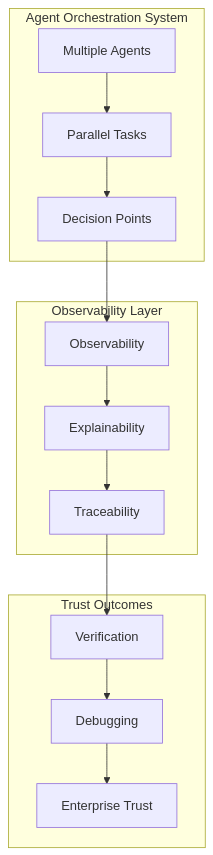
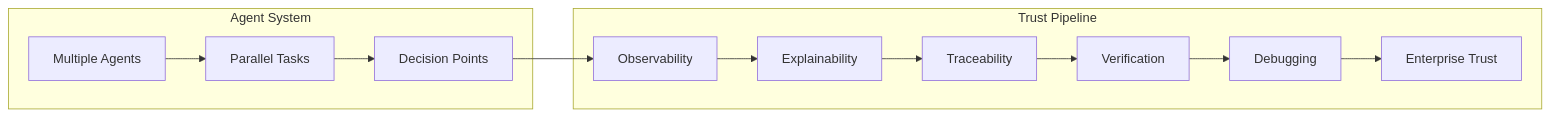
Before and after one commit to nibzard/nibzard-web: the third of 3 diagrams in src/content/log/ai-bottleneck.md, drawn with Mermaid. The commit also changed other lines of this file, not shown here.

First line of the commit message:
fix: resolve Mermaid diagram syntax errors and improve layout

````diff
--- a/src/content/log/ai-bottleneck.md
+++ b/src/content/log/ai-bottleneck.md
@@ -103,21 +104,18 @@
 ```mermaid
 %%{init: {'theme': 'dark', 'themeVariables': { 'primaryColor': '#1f2937', 'primaryBorderColor': '#374151', 'primaryTextColor': '#f3f4f6', 'lineColor': '#6b7280', 'sectionBkgColor': '#111827', 'tertiaryColor': '#1f2937' }}%%
-graph TD
-    subgraph Agent Orchestration System
+graph LR
+    subgraph Agent System
         A[Multiple Agents] --> P[Parallel Tasks]
         P --> D[Decision Points]
     end
 
-    subgraph Observability Layer
-        O[Observability] --> E[Explainability]
+    D --> O[Observability]
+
+    subgraph Trust Pipeline
+        O --> E[Explainability]
         E --> T[Traceability]
-    end
-
-    subgraph Trust Outcomes
         T --> V[Verification]
         V --> Debug[Debugging]
         Debug --> Trust[Enterprise Trust]
     end
-
-    D --> O
 ```
````
